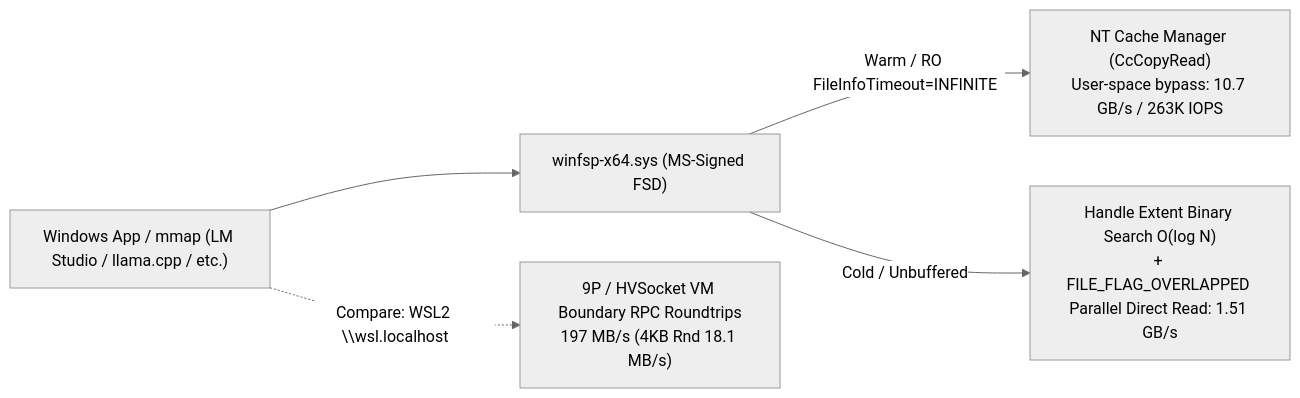
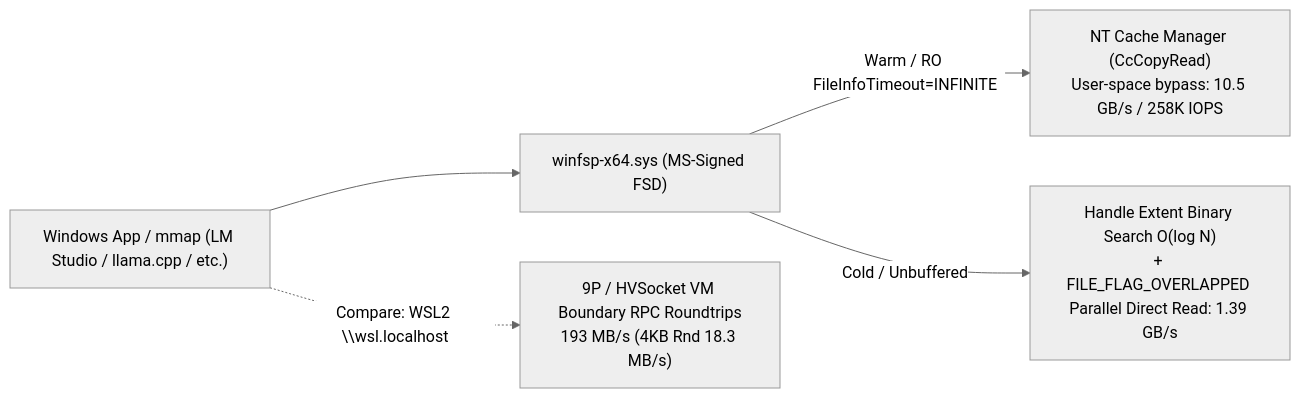
The diagram in README.md (totatake/ZeroExt), drawn with Mermaid (neutral theme) before and after one commit. The commit also changed other lines of this file and 5 other files, not shown here.

````diff
--- a/README.md
+++ b/README.md
@@ -20,7 +20,7 @@
 ```mermaid
 flowchart LR
     App["Windows App / mmap (LM Studio / llama.cpp / etc.)"] --> Sys["winfsp-x64.sys (MS-Signed FSD)"]
-    Sys -->|"Warm / RO FileInfoTimeout=INFINITE"| Hot["NT Cache Manager (CcCopyRead)\nUser-space bypass: 10.7 GB/s / 263K IOPS"]
-    Sys -->|"Cold / Unbuffered"| Cold["Handle Extent Binary Search O(log N)\n+ FILE_FLAG_OVERLAPPED Parallel Direct Read: 1.51 GB/s"]
-    App -.->|"Compare: WSL2 \\wsl.localhost"| Slow["9P / HVSocket VM Boundary RPC Roundtrips\n197 MB/s (4KB Rnd 18.1 MB/s)"]
+    Sys -->|"Warm / RO FileInfoTimeout=INFINITE"| Hot["NT Cache Manager (CcCopyRead)\nUser-space bypass: 10.5 GB/s / 258K IOPS"]
+    Sys -->|"Cold / Unbuffered"| Cold["Handle Extent Binary Search O(log N)\n+ FILE_FLAG_OVERLAPPED Parallel Direct Read: 1.39 GB/s"]
+    App -.->|"Compare: WSL2 \\wsl.localhost"| Slow["9P / HVSocket VM Boundary RPC Roundtrips\n193 MB/s (4KB Rnd 18.3 MB/s)"]
 ```
````
